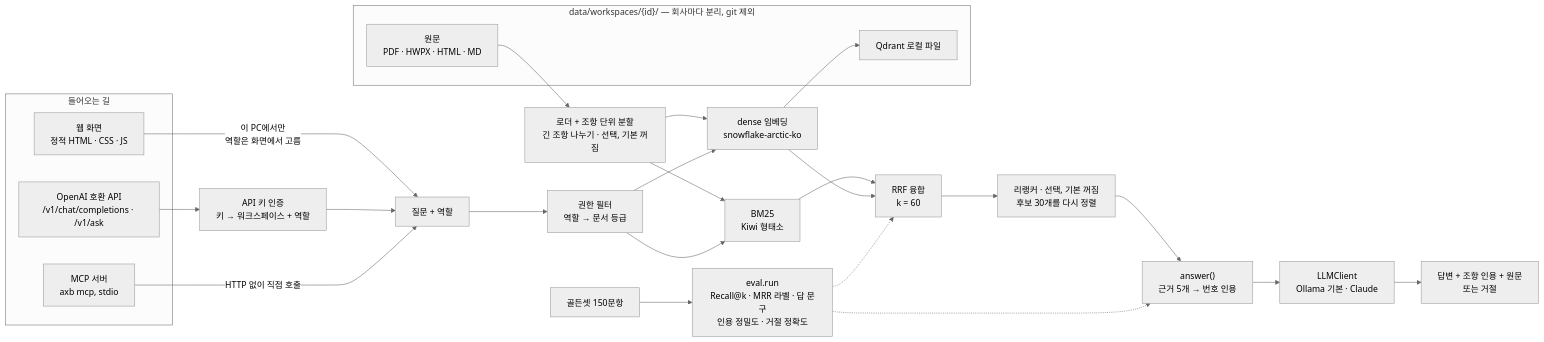
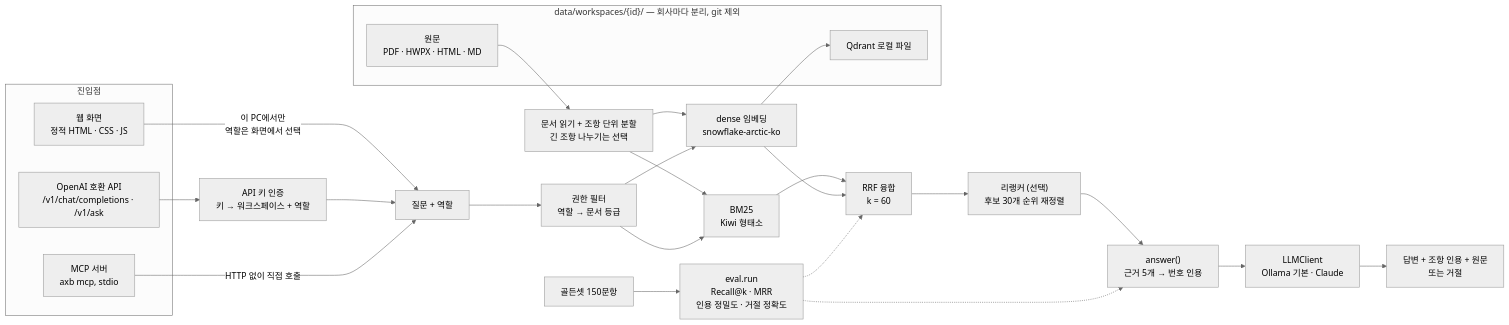
Before and after one commit to Growcompany/ax-assistant-builder: the diagram in README.md, drawn with Mermaid (neutral theme). The commit also changed other lines of this file and 1 other file, not shown here.

````diff
--- a/README.md
+++ b/README.md
@@ -220,32 +221,32 @@
 ```mermaid
 flowchart LR
-    subgraph IN["들어오는 길"]
+    subgraph IN["진입점"]
         UI["웹 화면<br/>정적 HTML · CSS · JS"]
         V1["OpenAI 호환 API<br/>/v1/chat/completions · /v1/ask"]
         MCP["MCP 서버<br/>axb mcp, stdio"]
     end
-    UI -->|"이 PC에서만<br/>역할은 화면에서 고름"| Q
+    UI -->|"이 PC에서만<br/>역할은 화면에서 선택"| Q
     V1 --> KEY["API 키 인증<br/>키 → 워크스페이스 + 역할"]
     KEY --> Q
     MCP -->|"HTTP 없이 직접 호출"| Q
     subgraph WS["data/workspaces/{id}/ — 회사마다 분리, git 제외"]
         RAW["원문<br/>PDF · HWPX · HTML · MD"]
         IDX["Qdrant 로컬 파일"]
     end
-    RAW --> CHUNK["로더 + 조항 단위 분할<br/>긴 조항 나누기 · 선택, 기본 꺼짐"]
+    RAW --> CHUNK["문서 읽기 + 조항 단위 분할<br/>긴 조항 나누기는 선택"]
     CHUNK --> BM25["BM25<br/>Kiwi 형태소"]
     CHUNK --> DENSE["dense 임베딩<br/>snowflake-arctic-ko"]
     DENSE --> IDX
     Q["질문 + 역할"] --> ACL["권한 필터<br/>역할 → 문서 등급"]
     ACL --> BM25
     ACL --> DENSE
     BM25 --> RRF["RRF 융합<br/>k = 60"]
     DENSE --> RRF
-    RRF --> RERANK["리랭커 · 선택, 기본 꺼짐<br/>후보 30개를 다시 정렬"]
+    RRF --> RERANK["리랭커 (선택)<br/>후보 30개 순위 재정렬"]
     RERANK --> ANS["answer()<br/>근거 5개 → 번호 인용"]
     ANS --> LLM["LLMClient<br/>Ollama 기본 · Claude"]
     LLM --> OUT["답변 + 조항 인용 + 원문<br/>또는 거절"]
-    GOLD["골든셋 150문항"] --> EVAL["eval.run<br/>Recall@k · MRR 라벨 · 답 문구<br/>인용 정밀도 · 거절 정확도"]
+    GOLD["골든셋 150문항"] --> EVAL["eval.run<br/>Recall@k · MRR<br/>인용 정밀도 · 거절 정확도"]
     EVAL -.-> RRF
     EVAL -.-> ANS
 ```
````
